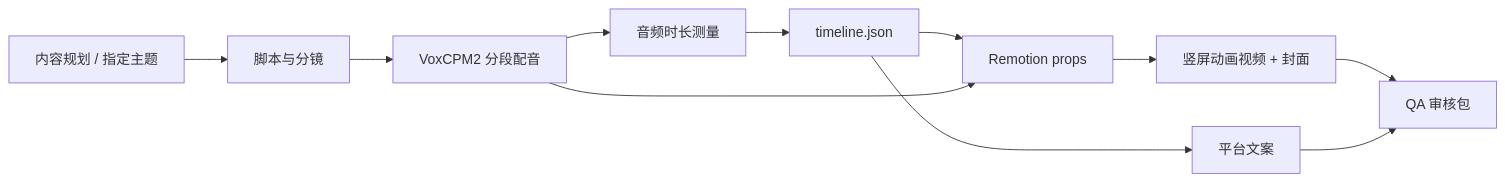
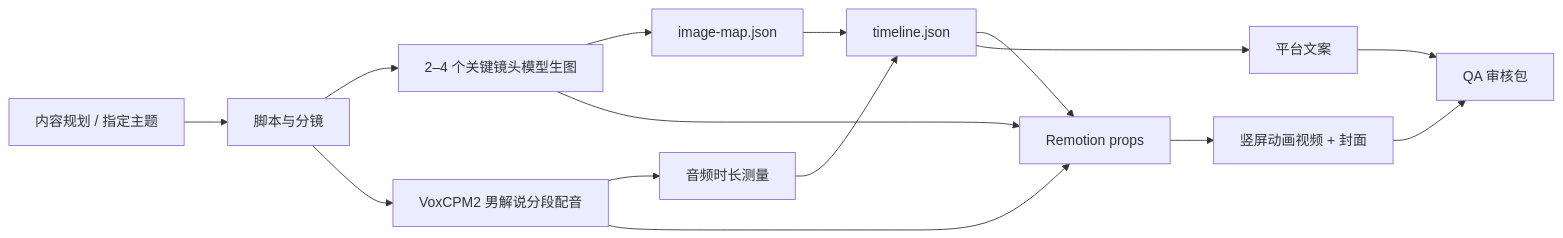
Before and after one commit to PoseZhaoyutao/zhimian-video-studio: the diagram in README.md, drawn with Mermaid. The commit also changed other lines of this file, not shown here.

Commit message:
docs: explain model image workflow

````diff
--- a/README.md
+++ b/README.md
@@ -136,13 +169,17 @@
 ```mermaid
 flowchart LR
   A["内容规划 / 指定主题"] --> B["脚本与分镜"]
-  B --> C["VoxCPM2 分段配音"]
-  C --> D["音频时长测量"]
-  D --> E["timeline.json"]
-  E --> F["Remotion props"]
-  C --> F
-  F --> G["竖屏动画视频 + 封面"]
-  E --> H["平台文案"]
-  G --> I["QA 审核包"]
-  H --> I
+  B --> C["2–4 个关键镜头模型生图"]
+  C --> D["image-map.json"]
+  B --> E["VoxCPM2 男解说分段配音"]
+  E --> F["音频时长测量"]
+  F --> G["timeline.json"]
+  D --> G
+  G --> H["Remotion props"]
+  C --> H
+  E --> H
+  H --> I["竖屏动画视频 + 封面"]
+  G --> J["平台文案"]
+  I --> K["QA 审核包"]
+  J --> K
 ```
````
